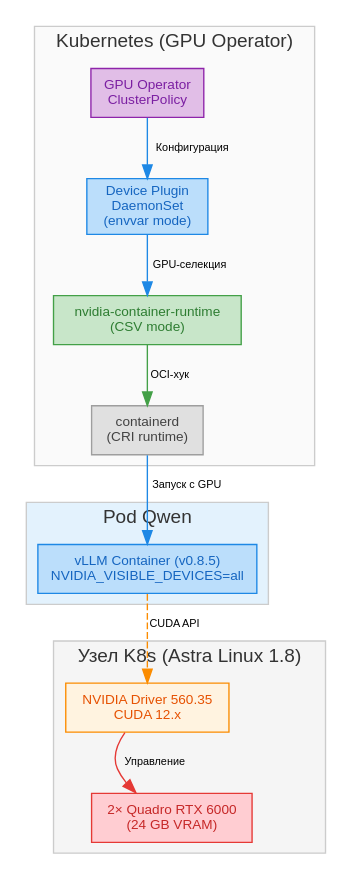
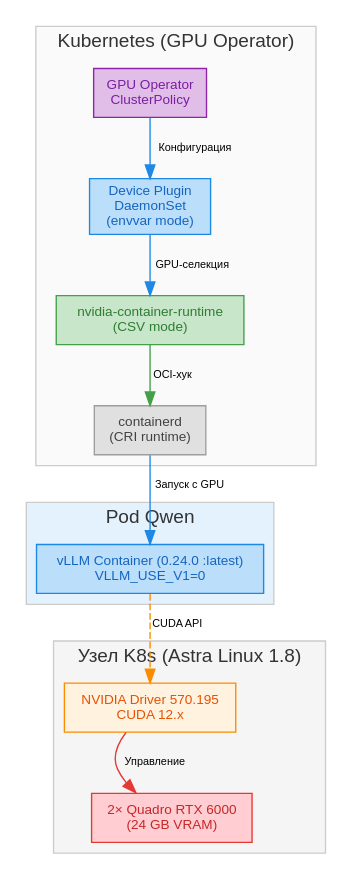
One commit to dedvmedved-dot/aither-project changed the diagram in diagrams/gpu-stack.dot. Above: the diagram before and after it, drawn with Graphviz. The commit also changed 4 other files, not shown here.

Commit message:
Правки article.md + схем: vLLM :latest (0.24.0) + VLLM_USE_V1=0, driver 570, Flannel v0.25.7, problem #5 исправлен

```diff
--- a/diagrams/gpu-stack.dot
+++ b/diagrams/gpu-stack.dot
@@ -1,37 +1,37 @@
 digraph GpuStack {
     rankdir=TB;
     bgcolor="#ffffff";
     fontname="Helvetica";
     node [fontname="Helvetica", fontsize=10, style=filled, color="#555555"];
     edge [fontname="Helvetica", fontsize=8, color="#888888"];
 
     subgraph cluster_host {
         label="Узел K8s (Astra Linux 1.8)";
         fontcolor="#333333"; color="#cccccc"; bgcolor="#f5f5f5";
         hw [label="2× Quadro RTX 6000\n(24 GB VRAM)", shape=box, fillcolor="#ffcdd2", fontcolor="#c62828", color="#e53935"];
-        driver [label="NVIDIA Driver 560.35\nCUDA 12.x", shape=box, fillcolor="#fff3e0", fontcolor="#e65100", color="#fb8c00"];
+        driver [label="NVIDIA Driver 570.195\nCUDA 12.x", shape=box, fillcolor="#fff3e0", fontcolor="#e65100", color="#fb8c00"];
     }
     
     subgraph cluster_k8s {
         label="Kubernetes (GPU Operator)";
         fontcolor="#333333"; color="#cccccc"; bgcolor="#fafafa";
         gpuop [label="GPU Operator\nClusterPolicy", shape=box, fillcolor="#e1bee7", fontcolor="#7b1fa2", color="#8e24aa"];
         devplug [label="Device Plugin\nDaemonSet\n(envvar mode)", shape=box, fillcolor="#bbdefb", fontcolor="#1565c0", color="#1e88e5"];
         runtime [label="nvidia-container-runtime\n(CSV mode)", shape=box, fillcolor="#c8e6c9", fontcolor="#2e7d32", color="#43a047"];
         containerd [label="containerd\n(CRI runtime)", shape=box, fillcolor="#e0e0e0", fontcolor="#424242", color="#9e9e9e"];
     }
     
     subgraph cluster_pod {
         label="Pod Qwen";
         fontcolor="#333333"; color="#cccccc"; bgcolor="#e3f2fd";
-        vllm [label="vLLM Container (v0.8.5)\nNVIDIA_VISIBLE_DEVICES=all", shape=box, fillcolor="#bbdefb", fontcolor="#1565c0", color="#1e88e5"];
+        vllm [label="vLLM Container (0.24.0 :latest)\nVLLM_USE_V1=0", shape=box, fillcolor="#bbdefb", fontcolor="#1565c0", color="#1e88e5"];
     }
     
     driver -> hw [label=" Управление", color="#e53935"];
     gpuop -> devplug [label=" Конфигурация", color="#1e88e5"];
     devplug -> runtime [label=" GPU-селекция", color="#1e88e5"];
     runtime -> containerd [label=" OCI-хук", color="#43a047"];
     containerd -> vllm [label=" Запуск с GPU", color="#1e88e5"];
     vllm -> driver [label=" CUDA API", color="#fb8c00", style=dashed];
     driver -> hw [style=invis];
 }
```
